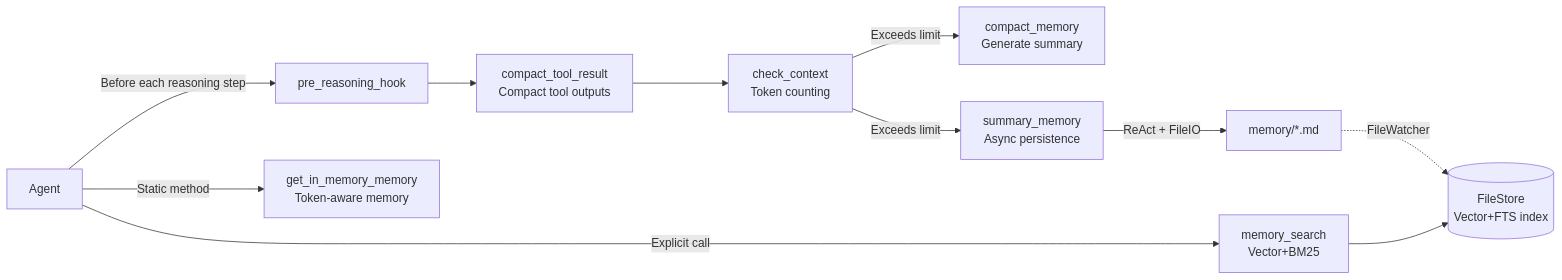
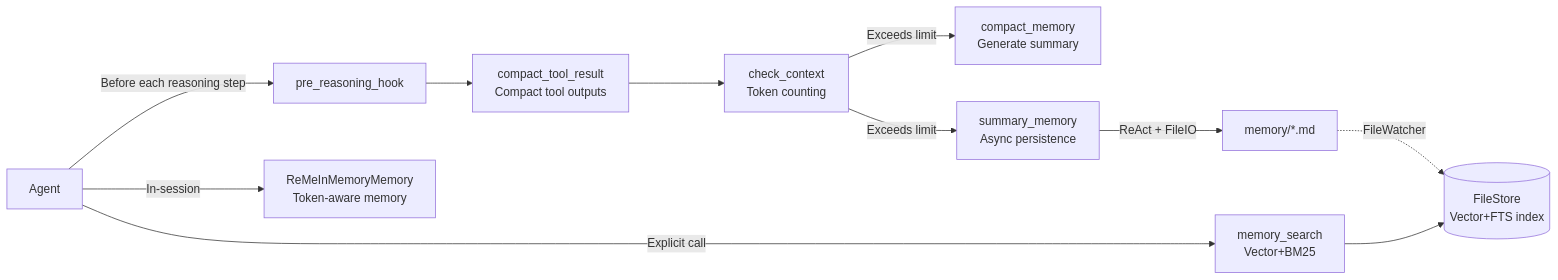
Before and after one commit to agentscope-ai/ReMe: the first of 9 diagrams in README.md, drawn with Mermaid. The commit also changed other lines of this file and 1 other file, not shown here.

Commit message:
refactor(docs): update in-memory memory documentation

````diff
--- a/README.md
+++ b/README.md
@@ -179,13 +180,13 @@
 ```mermaid
 graph LR
     Agent[Agent] -->|Before each reasoning step| Hook[pre_reasoning_hook]
     Hook --> TC[compact_tool_result<br>Compact tool outputs]
     TC --> CC[check_context<br>Token counting]
     CC -->|Exceeds limit| CM[compact_memory<br>Generate summary]
     CC -->|Exceeds limit| SM[summary_memory<br>Async persistence]
     SM -->|ReAct + FileIO| Files[memory/*.md]
     Agent -->|Explicit call| Search[memory_search<br>Vector+BM25]
-    Agent -->|Static method| InMem[get_in_memory_memory<br>Token-aware memory]
+    Agent -->|In-session| InMem[ReMeInMemoryMemory<br>Token-aware memory]
     Files -.->|FileWatcher| Store[(FileStore<br>Vector+FTS index)]
     Search --> Store
 ```
````
